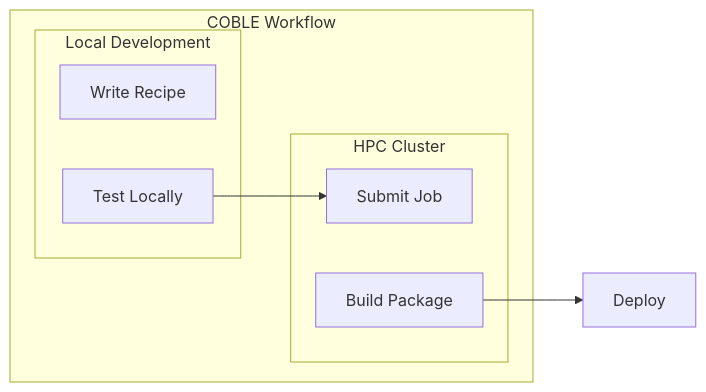
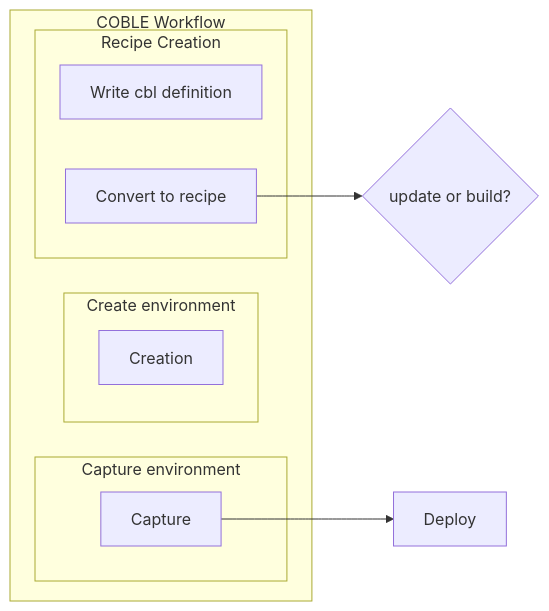
The second of 2 diagrams in docs/overview.md (coble-tools/coble), drawn with Mermaid before and after one commit. The commit also changed other lines of this file, not shown here.

Commit message:
flowchart

````diff
--- a/docs/overview.md
+++ b/docs/overview.md
@@ -17,16 +26,18 @@
 ```mermaid
 flowchart LR
     subgraph "COBLE Workflow"
-        subgraph "Local Development"
-            A[Write Recipe]
-            B[Test Locally]
+        subgraph "Recipe Creation"
+            A[Write cbl definition]
+            B[Convert to recipe]
         end
-        subgraph "HPC Cluster"
-            C[Submit Job]
-            D[Build Package]
+        subgraph "Create environment"
+            C[Creation]            
+        end
+		subgraph "Capture environment"            
+            D[Capture]
         end
     end
     
-    B --> C
+    B --> UPD_BLD{update or build?}
     D --> E[Deploy]
 ```
````
